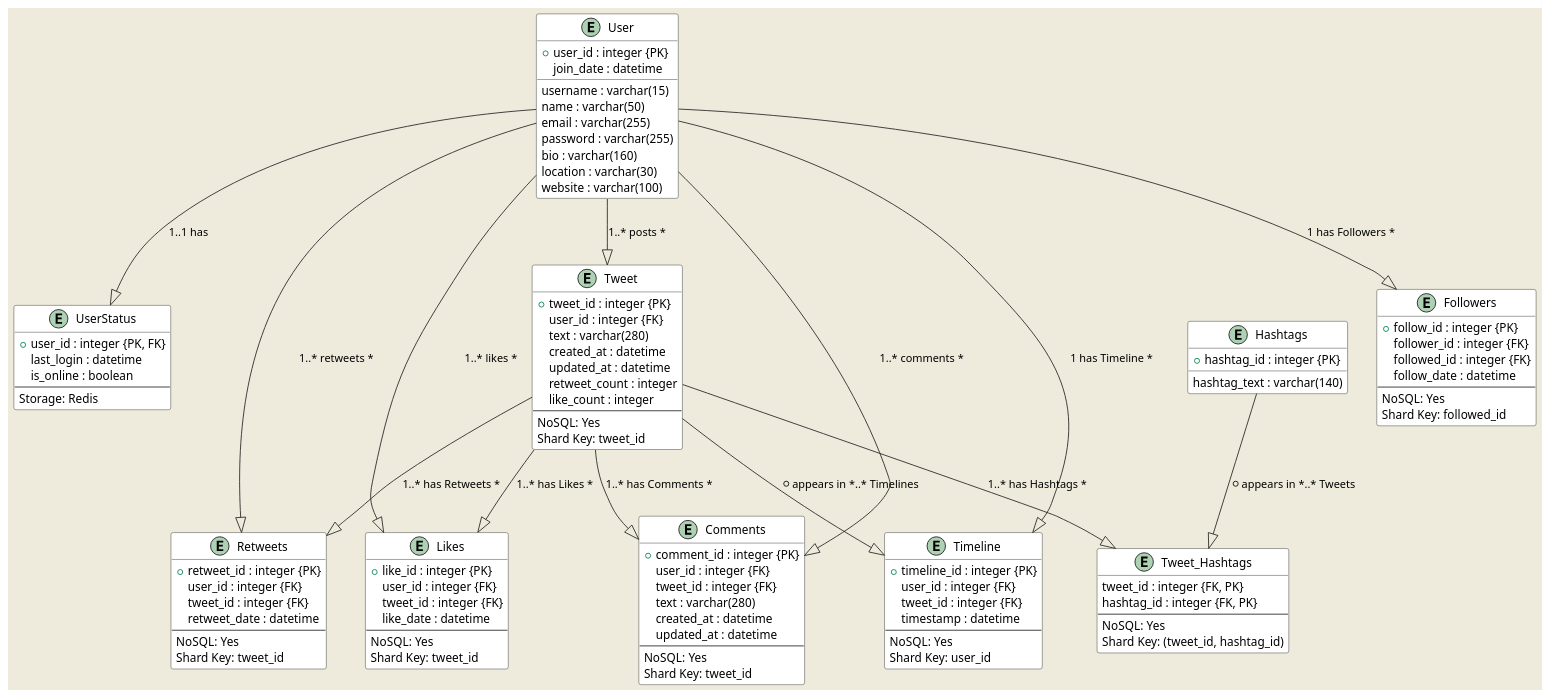
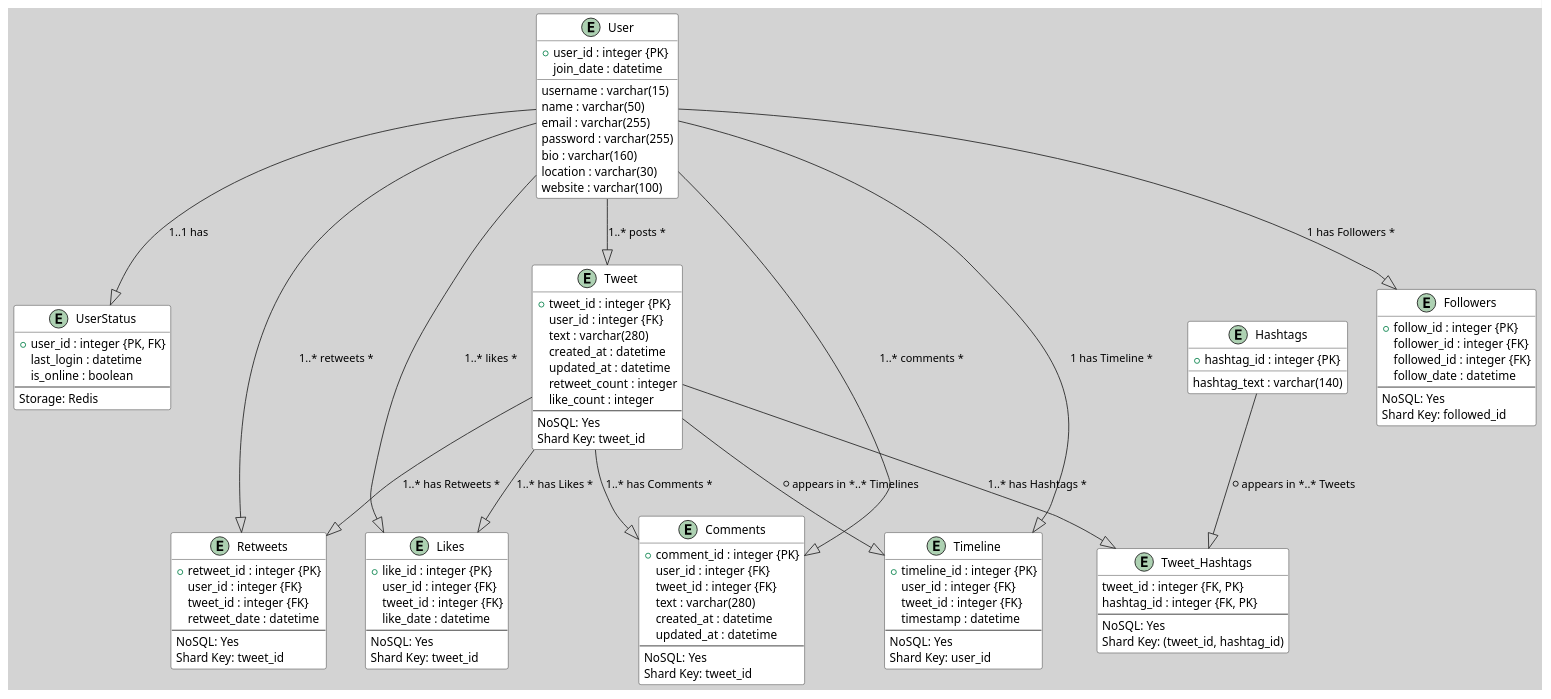
Before and after one commit to huangyingw/system_design: the diagram in twitter/twitter_database_schema.puml, drawn with PlantUML.

```diff
--- a/twitter/twitter_database_schema.puml
+++ b/twitter/twitter_database_schema.puml
@@ -1,122 +1,122 @@
 @startuml
 
-skinparam backgroundColor #EEEBDC
+skinparam backgroundColor #D3D3D3
 skinparam class {
   BackgroundColor #FFFFFF
   BorderColor #222
   ArrowColor #222
 }
 
 entity "User" as user {
   +user_id : integer {PK}
   username : varchar(15)
   name : varchar(50)
   email : varchar(255)
   password : varchar(255)
   bio : varchar(160)
   location : varchar(30)
   website : varchar(100)
   join_date : datetime
 }
 
 entity "UserStatus" as userstatus {
   +user_id : integer {PK, FK}
   last_login : datetime
   is_online : boolean
   --
   Storage: Redis
 }
 
 entity "Tweet" as tweet {
   +tweet_id : integer {PK}
   user_id : integer {FK}
   text : varchar(280)
   created_at : datetime
   updated_at : datetime
   retweet_count : integer
   like_count : integer
   --
   NoSQL: Yes
   Shard Key: tweet_id
 }
 
 entity "Followers" as followers {
   +follow_id : integer {PK}
   follower_id : integer {FK}
   followed_id : integer {FK}
   follow_date : datetime
   --
   NoSQL: Yes
   Shard Key: followed_id
 }
 
 entity "Likes" as likes {
   +like_id : integer {PK}
   user_id : integer {FK}
   tweet_id : integer {FK}
   like_date : datetime
   --
   NoSQL: Yes
   Shard Key: tweet_id
 }
 
 entity "Retweets" as retweets {
   +retweet_id : integer {PK}
   user_id : integer {FK}
   tweet_id : integer {FK}
   retweet_date : datetime
   --
   NoSQL: Yes
   Shard Key: tweet_id
 }
 
 entity "Comments" as comments {
   +comment_id : integer {PK}
   user_id : integer {FK}
   tweet_id : integer {FK}
   text : varchar(280)
   created_at : datetime
   updated_at : datetime
   --
   NoSQL: Yes
   Shard Key: tweet_id
 }
 
 entity "Hashtags" as hashtags {
   +hashtag_id : integer {PK}
   hashtag_text : varchar(140)
 }
 
 entity "Tweet_Hashtags" as tweet_hashtags {
   tweet_id : integer {FK, PK}
   hashtag_id : integer {FK, PK}
   --
   NoSQL: Yes
   Shard Key: (tweet_id, hashtag_id)
 }
 
 entity "Timeline" as timeline {
   +timeline_id : integer {PK}
   user_id : integer {FK}
   tweet_id : integer {FK}
   timestamp : datetime
   --
   NoSQL: Yes
   Shard Key: user_id
 }
 
 user --|> userstatus : "1..1 has"
 user --|> tweet : "1..* posts *"
 user --|> followers : "1 has Followers *"
 user --|> likes : "1..* likes *"
 user --|> retweets : "1..* retweets *"
 user --|> comments : "1..* comments *"
 user --|> timeline : "1 has Timeline *"
 tweet --|> likes : "1..* has Likes *"
 tweet --|> retweets : "1..* has Retweets *"
 tweet --|> comments : "1..* has Comments *"
 tweet --|> tweet_hashtags : "1..* has Hashtags *"
 tweet --|> timeline : "* appears in *..* Timelines"
 hashtags --|> tweet_hashtags : "* appears in *..* Tweets"
 
 @enduml
```
